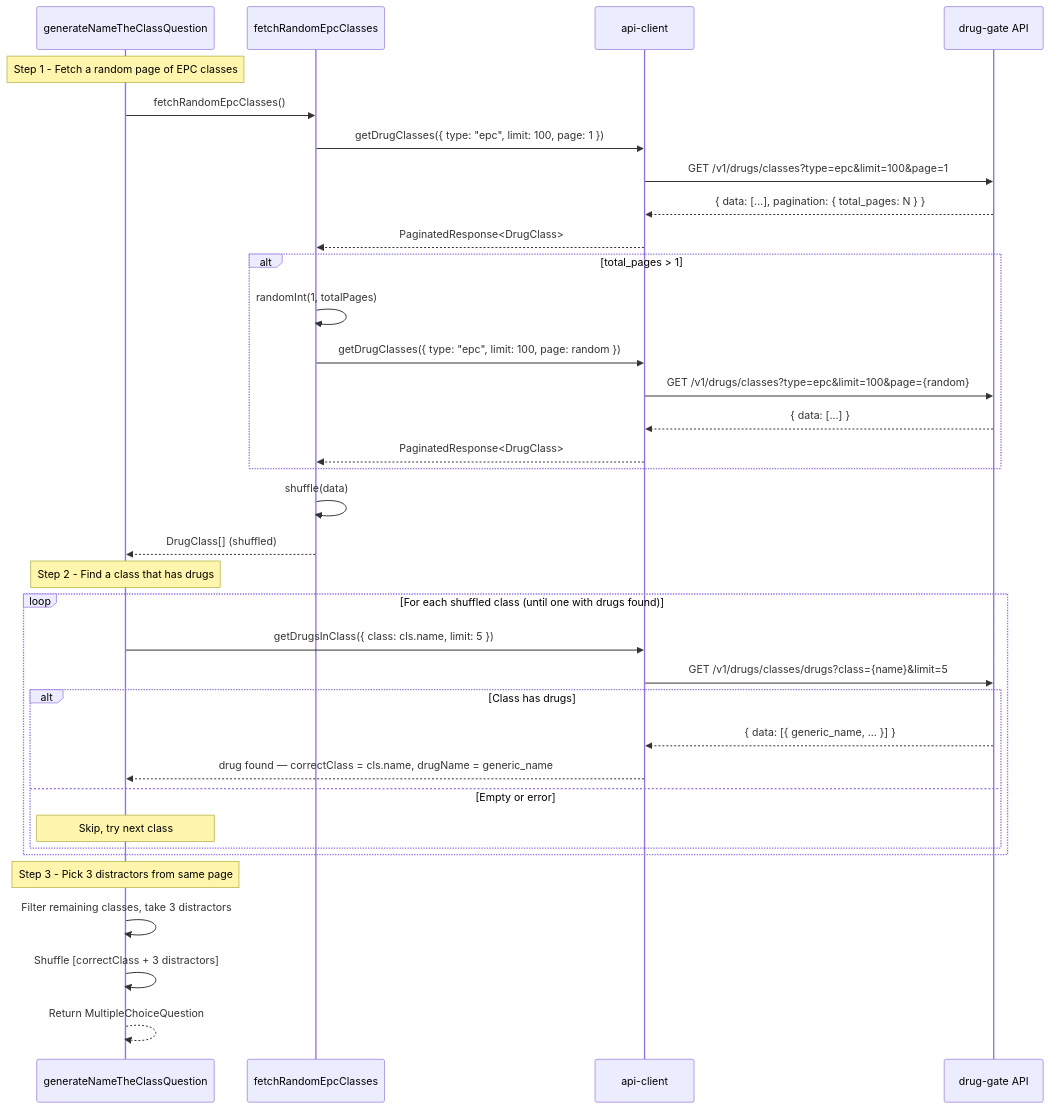
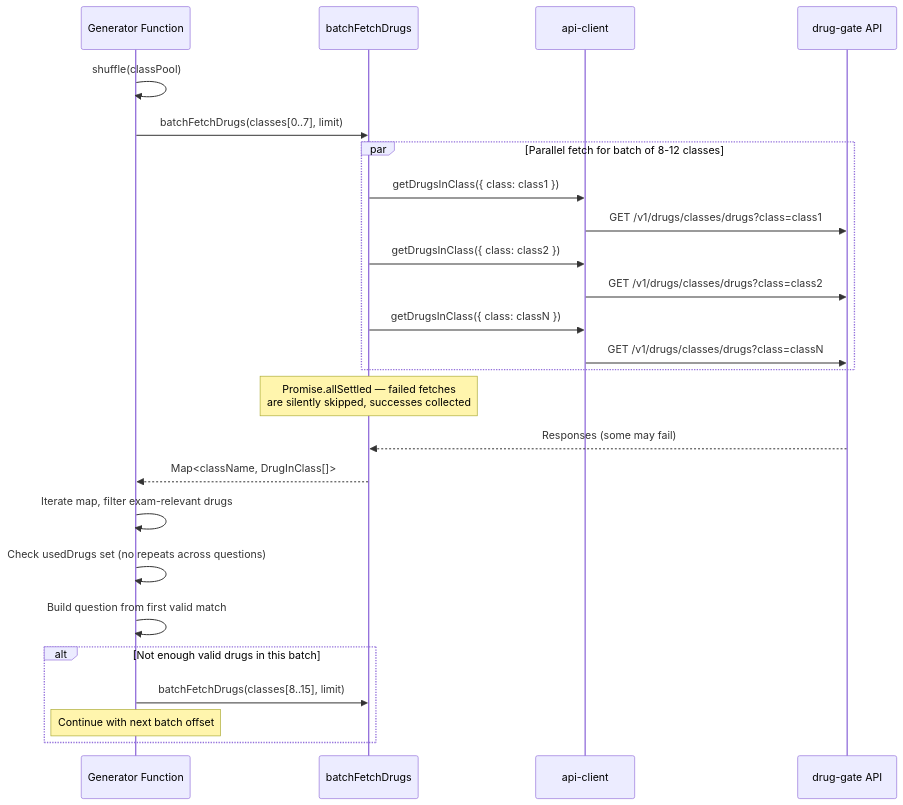
One commit to finish06/drugs-quiz changed the third of 13 diagrams in docs/sequence-diagram.md. Above: the diagram before and after it, drawn with Mermaid. The commit also changed other lines of this file and 1 other file, not shown here.

First line of the commit message:
docs: update CLAUDE.md and sequence diagrams for M3/M4

````diff
--- a/docs/sequence-diagram.md
+++ b/docs/sequence-diagram.md
@@ -65,41 +111,33 @@
 ```mermaid
 sequenceDiagram
-    participant Gen as generateNameTheClassQuestion
-    participant Fetch as fetchRandomEpcClasses
+    participant Gen as Generator Function
+    participant Batch as batchFetchDrugs
     participant API as api-client
     participant DrugGate as drug-gate API
 
-    Note over Gen: Step 1 - Fetch a random page of EPC classes
-    Gen->>Fetch: fetchRandomEpcClasses()
-    Fetch->>API: getDrugClasses({ type: "epc", limit: 100, page: 1 })
-    API->>DrugGate: GET /v1/drugs/classes?type=epc&limit=100&page=1
-    DrugGate-->>API: { data: [...], pagination: { total_pages: N } }
-    API-->>Fetch: PaginatedResponse<DrugClass>
+    Gen->>Gen: shuffle(classPool)
+    Gen->>Batch: batchFetchDrugs(classes[0..7], limit)
 
-    alt total_pages > 1
-        Fetch->>Fetch: randomInt(1, totalPages)
-        Fetch->>API: getDrugClasses({ type: "epc", limit: 100, page: random })
-        API->>DrugGate: GET /v1/drugs/classes?type=epc&limit=100&page={random}
-        DrugGate-->>API: { data: [...] }
-        API-->>Fetch: PaginatedResponse<DrugClass>
-    end
-    Fetch->>Fetch: shuffle(data)
-    Fetch-->>Gen: DrugClass[] (shuffled)
-
-    Note over Gen: Step 2 - Find a class that has drugs
-    loop For each shuffled class (until one with drugs found)
-        Gen->>API: getDrugsInClass({ class: cls.name, limit: 5 })
-        API->>DrugGate: GET /v1/drugs/classes/drugs?class={name}&limit=5
-        alt Class has drugs
-            DrugGate-->>API: { data: [{ generic_name, ... }] }
-            API-->>Gen: drug found — correctClass = cls.name, drugName = generic_name
-        else Empty or error
-            Note over Gen: Skip, try next class
-        end
+    par Parallel fetch for batch of 8-12 classes
+        Batch->>API: getDrugsInClass({ class: class1 })
+        API->>DrugGate: GET /v1/drugs/classes/drugs?class=class1
+        Batch->>API: getDrugsInClass({ class: class2 })
+        API->>DrugGate: GET /v1/drugs/classes/drugs?class=class2
+        Batch->>API: getDrugsInClass({ class: classN })
+        API->>DrugGate: GET /v1/drugs/classes/drugs?class=classN
     end
 
-    Note over Gen: Step 3 - Pick 3 distractors from same page
-    Gen->>Gen: Filter remaining classes, take 3 distractors
-    Gen->>Gen: Shuffle [correctClass + 3 distractors]
-    Gen-->>Gen: Return MultipleChoiceQuestion
+    Note over Batch: Promise.allSettled — failed fetches<br/>are silently skipped, successes collected
+
+    DrugGate-->>Batch: Responses (some may fail)
+    Batch-->>Gen: Map<className, DrugInClass[]>
+
+    Gen->>Gen: Iterate map, filter exam-relevant drugs
+    Gen->>Gen: Check usedDrugs set (no repeats across questions)
+    Gen->>Gen: Build question from first valid match
+
+    alt Not enough valid drugs in this batch
+        Gen->>Batch: batchFetchDrugs(classes[8..15], limit)
+        Note over Gen: Continue with next batch offset
+    end
 ```
````
